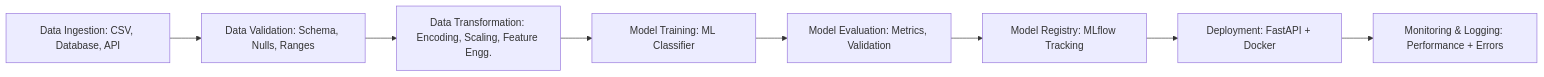
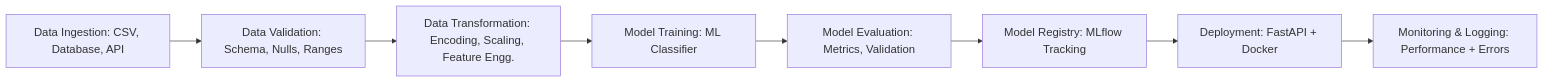
The second of 2 diagrams in README.md (iyan-coder/NetworkSecurity), drawn with Mermaid before and after one commit.

````diff
--- a/README.md
+++ b/README.md
@@ -132,12 +132,13 @@
 ```mermaid
+%%{init: {'theme':'default', 'themeVariables': { 'fontSize': '18px'}, 'logLevel': 'debug'}}%%
 flowchart LR
     A[Data Ingestion: CSV, Database, API] --> B[Data Validation: Schema, Nulls, Ranges]
     B --> C[Data Transformation: Encoding, Scaling, Feature Engg.]
     C --> D[Model Training: ML Classifier]
     D --> E[Model Evaluation: Metrics, Validation]
     E --> F[Model Registry: MLflow Tracking]
     F --> G[Deployment: FastAPI + Docker]
     G --> H[Monitoring & Logging: Performance + Errors]
 
 
  ```
````
